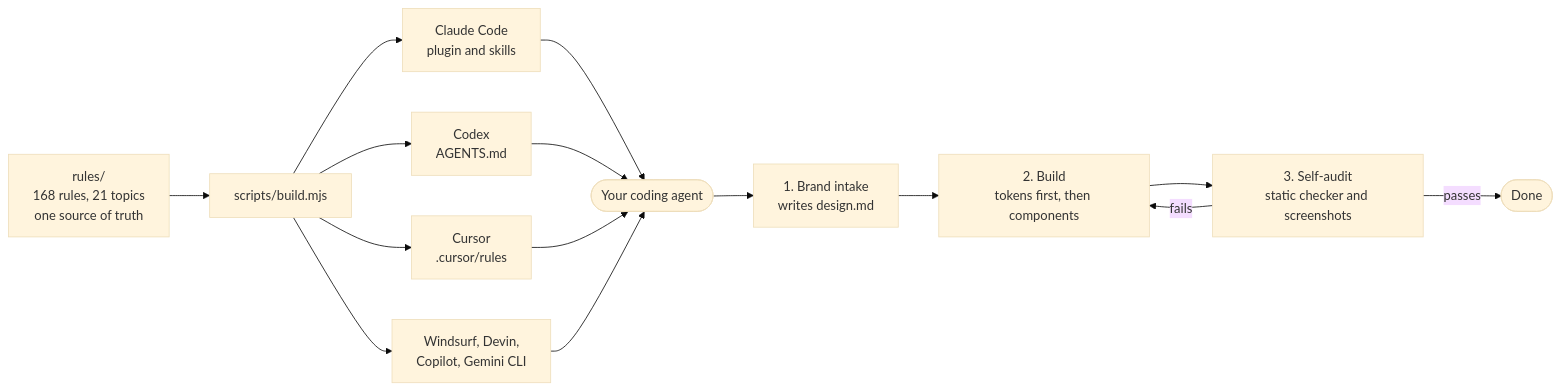
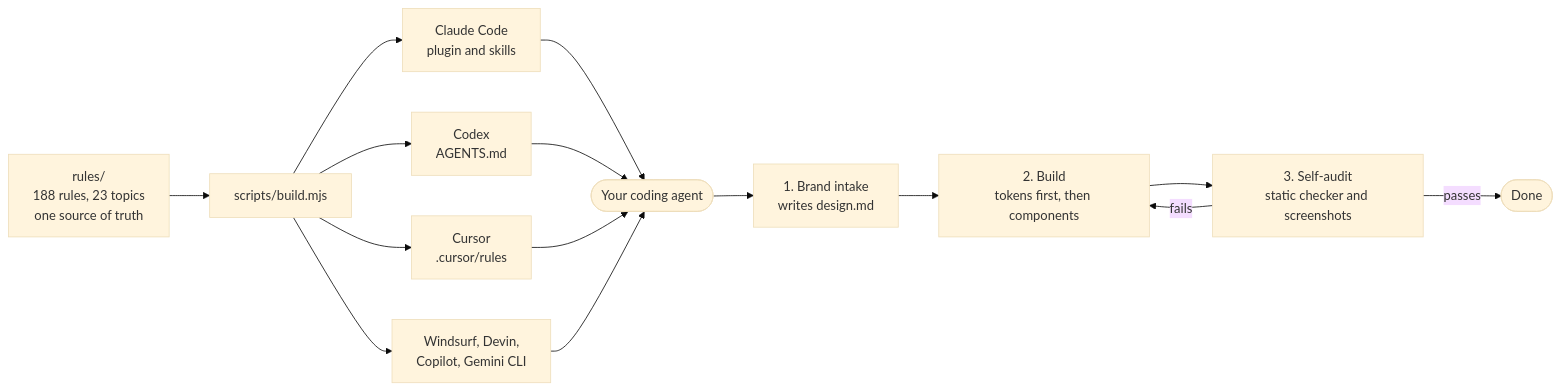
One commit to devsharmagrowleads-oss/ui-polish-kit changed the diagram in README.md. Above: the diagram before and after it, drawn with Mermaid (base theme). The commit also changed other lines of this file and 37 other files, not shown here.

````diff
--- a/README.md
+++ b/README.md
@@ -105,19 +105,19 @@
 ```mermaid
 flowchart LR
-    R["rules/<br>168 rules, 21 topics<br>one source of truth"] --> B["scripts/build.mjs"]
+    R["rules/<br>188 rules, 23 topics<br>one source of truth"] --> B["scripts/build.mjs"]
     B --> A1["Claude Code<br>plugin and skills"]
     B --> A2["Codex<br>AGENTS.md"]
     B --> A3["Cursor<br>.cursor/rules"]
     B --> A4["Windsurf, Devin,<br>Copilot, Gemini CLI"]
 
     A1 --> AG(["Your coding agent"])
     A2 --> AG
     A3 --> AG
     A4 --> AG
 
     AG --> S1["1. Brand intake<br>writes design.md"]
     S1 --> S2["2. Build<br>tokens first, then components"]
     S2 --> S3["3. Self-audit<br>static checker and screenshots"]
     S3 -- "fails" --> S2
     S3 -- "passes" --> D(["Done"])
 ```
````
